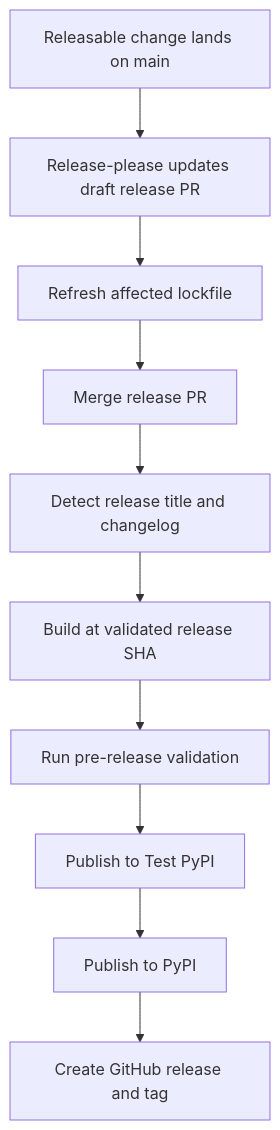
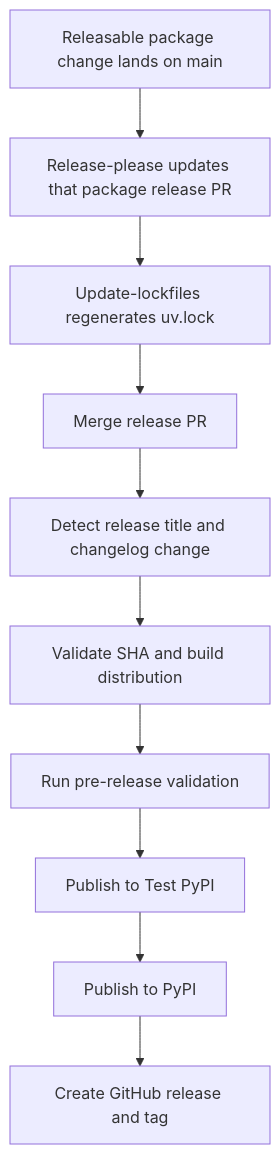
One commit to langchain-ai/deepagents changed the second of 2 diagrams in openwiki/operations/development.md. Above: the diagram before and after it, drawn with Mermaid. The commit also changed other lines of this file and 43 other files, not shown here.

````diff
--- a/openwiki/operations/development.md
+++ b/openwiki/operations/development.md
@@ -145,12 +148,12 @@
 ```mermaid
 flowchart TD
-    Main["Releasable change lands on main"] --> ReleasePR["Release-please updates draft release PR"]
-    ReleasePR --> Lock["Refresh affected lockfile"]
+    Land["Releasable package change lands on main"] --> ReleasePR["Release-please updates that package release PR"]
+    ReleasePR --> Lock["Update-lockfiles regenerates uv.lock"]
     Lock --> Merge["Merge release PR"]
-    Merge --> Detect["Detect release title and changelog"]
-    Detect --> Build["Build at validated release SHA"]
-    Build --> Checks["Run pre-release validation"]
-    Checks --> TestPyPI["Publish to Test PyPI"]
+    Merge --> Detect["Detect release title and changelog change"]
+    Detect --> Build["Validate SHA and build distribution"]
+    Build --> Validate["Run pre-release validation"]
+    Validate --> TestPyPI["Publish to Test PyPI"]
     TestPyPI --> PyPI["Publish to PyPI"]
-    PyPI --> Tag["Create GitHub release and tag"]
+    PyPI --> GitHub["Create GitHub release and tag"]
 ```
````
